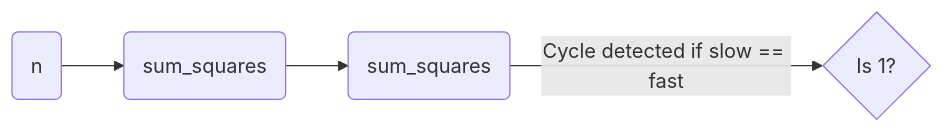
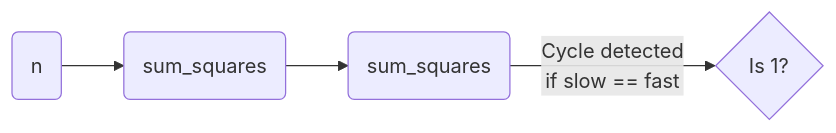
The diagram in dsa/17_math_geometry/happy_number/PROBLEM.md (Ankur-glitchtracer/docs), drawn with Mermaid before and after one commit. The commit also changed 105 other files, not shown here.

````diff
--- a/dsa/17_math_geometry/happy_number/PROBLEM.md
+++ b/dsa/17_math_geometry/happy_number/PROBLEM.md
@@ -35,6 +35,6 @@
 ```mermaid
 graph LR
     A(n) --> B(sum_squares)
     B --> C(sum_squares)
-    C -- "Cycle detected if slow == fast" --> D{Is 1?}
+    C -- "Cycle detected\n if slow == fast" --> D{Is 1?}
 ```
````
